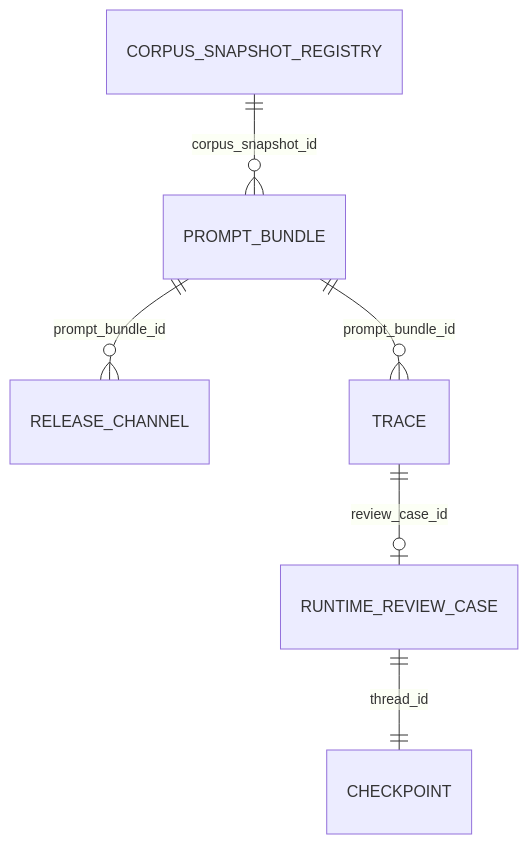
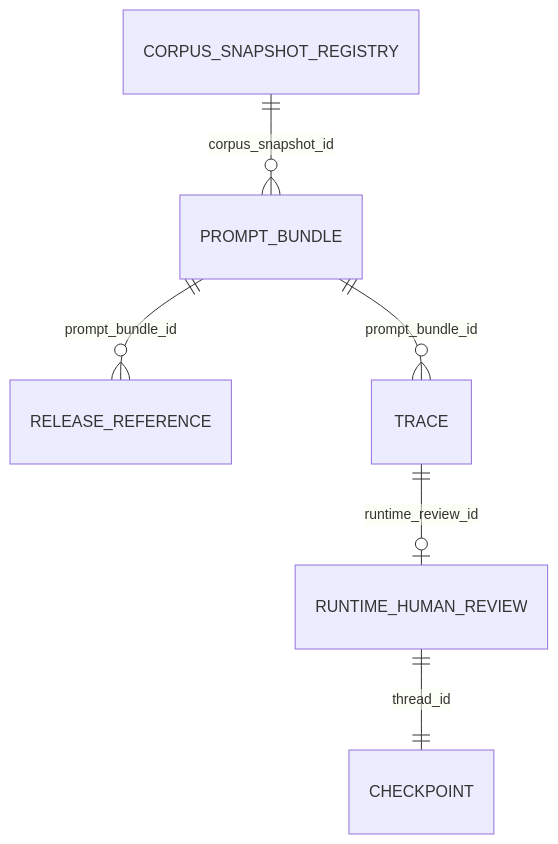
Before and after one commit to junTaniguchi/llm_ops: diagram 15 of 17 in 技術レポート作成マルチエージェント_完成版.md, drawn with Mermaid. The commit also changed other lines of this file, not shown here.

````diff
--- a/技術レポート作成マルチエージェント_完成版.md
+++ b/技術レポート作成マルチエージェント_完成版.md
@@ -2994,8 +2926,8 @@
 ```mermaid
 erDiagram
     CORPUS_SNAPSHOT_REGISTRY ||--o{ PROMPT_BUNDLE : corpus_snapshot_id
-    PROMPT_BUNDLE ||--o{ RELEASE_CHANNEL : prompt_bundle_id
+    PROMPT_BUNDLE ||--o{ RELEASE_REFERENCE : prompt_bundle_id
     PROMPT_BUNDLE ||--o{ TRACE : prompt_bundle_id
-    TRACE ||--o| RUNTIME_REVIEW_CASE : review_case_id
-    RUNTIME_REVIEW_CASE ||--|| CHECKPOINT : thread_id
+    TRACE ||--o| RUNTIME_HUMAN_REVIEW : runtime_review_id
+    RUNTIME_HUMAN_REVIEW ||--|| CHECKPOINT : thread_id
 ```
````
